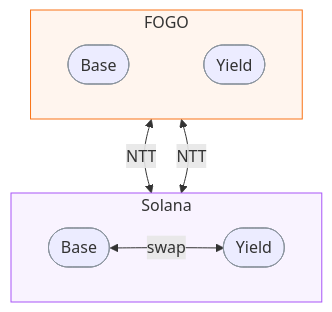
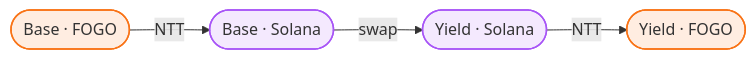
Before and after one commit to pointgroup-labs/fogo-yield: the diagram in README.md, drawn with Mermaid. The commit also changed other lines of this file, not shown here.

Commit message:
docs: simplify flowchart to a single pipeline

````diff
--- a/README.md
+++ b/README.md
@@ -18,18 +18,9 @@
 ```mermaid
-flowchart TB
-    subgraph laneF [FOGO]
-        direction LR
-        fB(["Base"]) ~~~ fY(["Yield"])
-    end
-    subgraph laneS [Solana]
-        direction LR
-        sB(["Base"]) <-->|swap| sY(["Yield"])
-    end
-    fB <-->|NTT| sB
-    fY <-->|NTT| sY
+flowchart LR
+    A(["Base · FOGO"]) -->|NTT| B(["Base · Solana"]) -->|swap| C(["Yield · Solana"]) -->|NTT| D(["Yield · FOGO"])
 
-    classDef tok stroke:#8b949e,stroke-width:1px
-    class fB,fY,sB,sY tok
-    style laneF fill:#f9731612,stroke:#f97316,stroke-width:1px
-    style laneS fill:#a855f712,stroke:#a855f7,stroke-width:1px
+    classDef fogo fill:#f9731620,stroke:#f97316,stroke-width:1.5px
+    classDef sol fill:#a855f720,stroke:#a855f7,stroke-width:1.5px
+    class A,D fogo
+    class B,C sol
 ```
````
